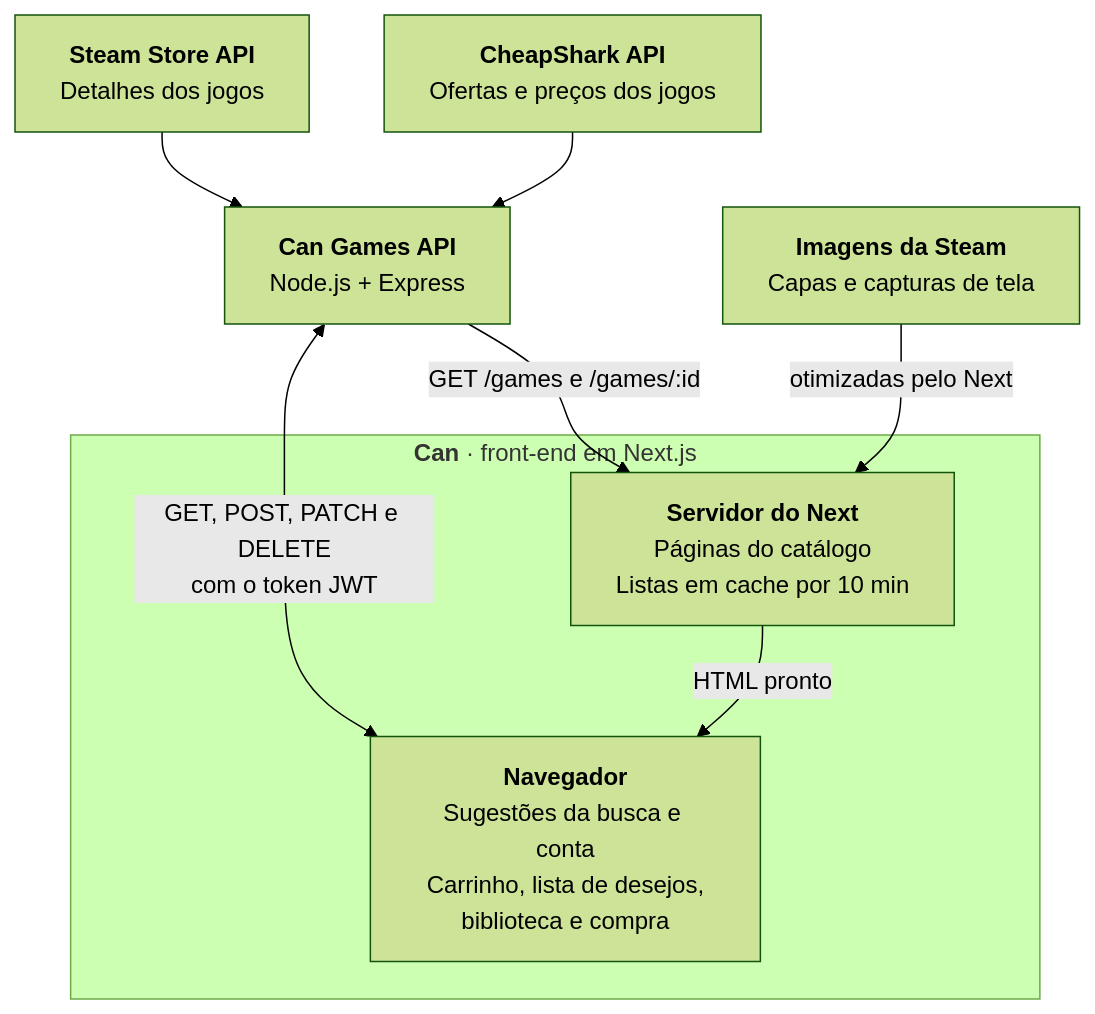
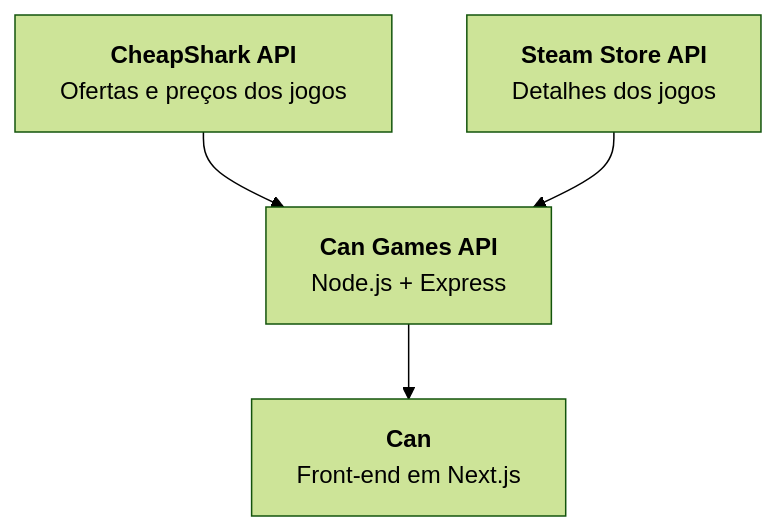
One commit to Wesley-Sousa-Dev/can changed the diagram in README.md. Above: the diagram before and after it, drawn with Mermaid (forest theme). The commit also changed other lines of this file, not shown here.

First line of the commit message:
docs: simplify the README design section and diagram

````diff
--- a/README.md
+++ b/README.md
@@ -227,15 +239,6 @@
 ```mermaid
 graph TD
     CS["<b>CheapShark API</b><br/>Ofertas e preços dos jogos"] --> API["<b>Can Games API</b><br/>Node.js + Express"]
     SS["<b>Steam Store API</b><br/>Detalhes dos jogos"] --> API
-
-    subgraph FRONT["<b>Can</b> · front-end em Next.js"]
-        SRV["<b>Servidor do Next</b><br/>Páginas do catálogo<br/>Listas em cache por 10 min"]
-        WEB["<b>Navegador</b><br/>Sugestões da busca e conta<br/>Carrinho, lista de desejos,<br/>biblioteca e compra"]
-        SRV -->|"HTML pronto"| WEB
-    end
-
-    API -->|"GET /games e /games/:id"| SRV
-    API <-->|"GET, POST, PATCH e DELETE<br/>com o token JWT"| WEB
-    IMG["<b>Imagens da Steam</b><br/>Capas e capturas de tela"] -->|"otimizadas pelo Next"| SRV
+    API --> FRONT["<b>Can</b><br/>Front-end em Next.js"]
 ```
````
